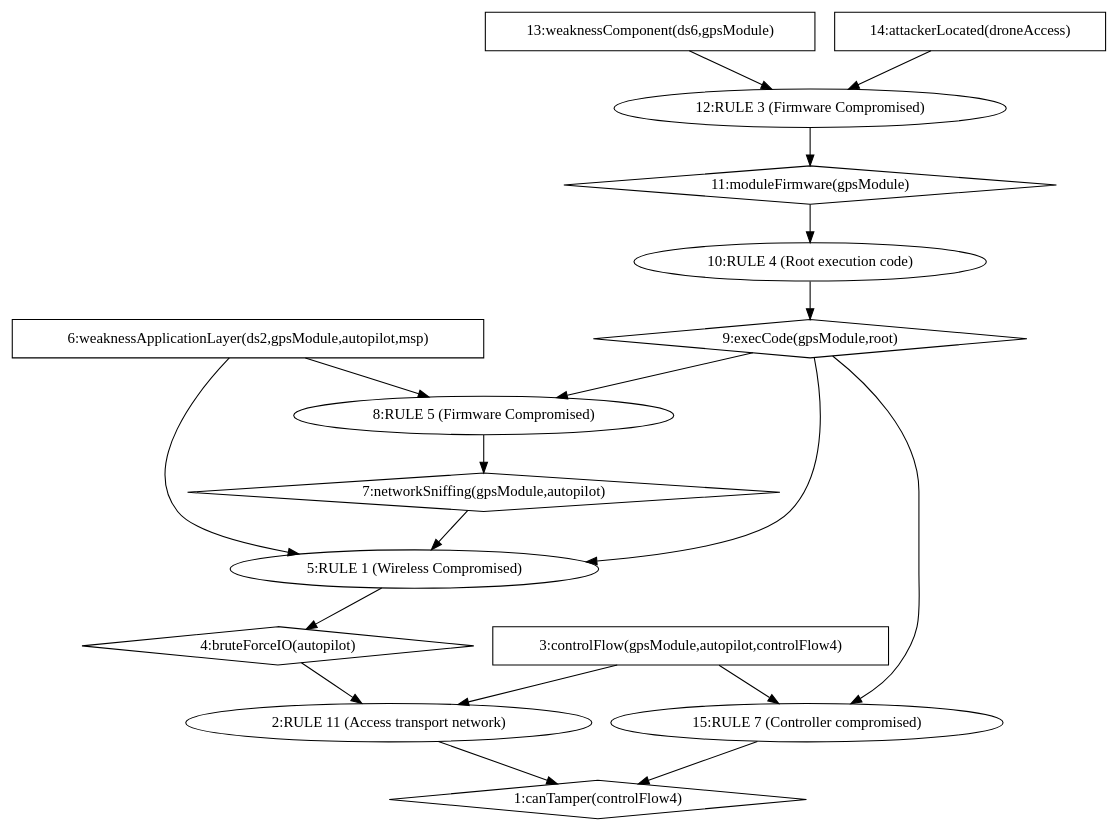
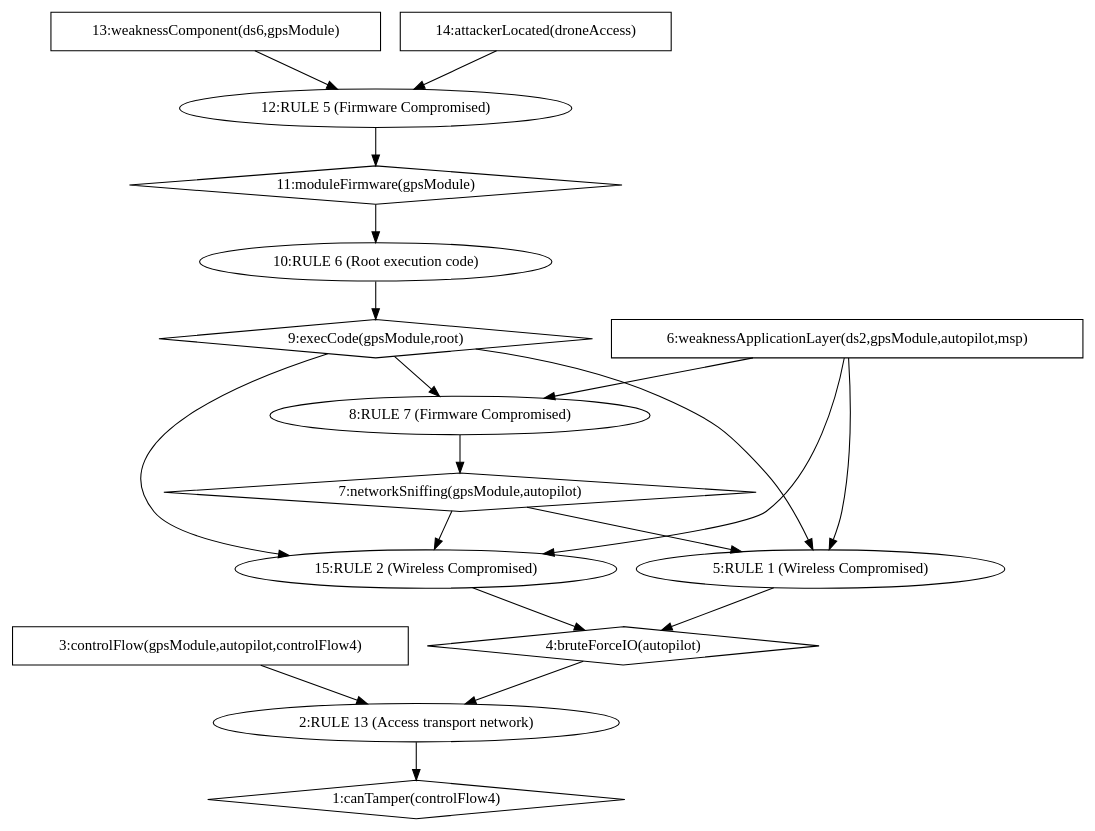
Before and after one commit to NS-unina/GCAP_Mod: the diagram in AttackGraph/output2/AttackGraph.dot, drawn with Graphviz. The commit also changed 27 other files, not shown here.

Commit message:
add last graph

```diff
--- a/AttackGraph/output2/AttackGraph.dot
+++ b/AttackGraph/output2/AttackGraph.dot
@@ -1,35 +1,36 @@
 digraph G {
 	1 [label="1:canTamper(controlFlow4)",shape=diamond];
-	2 [label="2:RULE 11 (Access transport network)",shape=ellipse];
+	2 [label="2:RULE 13 (Access transport network)",shape=ellipse];
 	3 [label="3:controlFlow(gpsModule,autopilot,controlFlow4)",shape=box];
 	4 [label="4:bruteForceIO(autopilot)",shape=diamond];
 	5 [label="5:RULE 1 (Wireless Compromised)",shape=ellipse];
 	6 [label="6:weaknessApplicationLayer(ds2,gpsModule,autopilot,msp)",shape=box];
 	7 [label="7:networkSniffing(gpsModule,autopilot)",shape=diamond];
-	8 [label="8:RULE 5 (Firmware Compromised)",shape=ellipse];
+	8 [label="8:RULE 7 (Firmware Compromised)",shape=ellipse];
 	9 [label="9:execCode(gpsModule,root)",shape=diamond];
-	10 [label="10:RULE 4 (Root execution code)",shape=ellipse];
+	10 [label="10:RULE 6 (Root execution code)",shape=ellipse];
 	11 [label="11:moduleFirmware(gpsModule)",shape=diamond];
-	12 [label="12:RULE 3 (Firmware Compromised)",shape=ellipse];
+	12 [label="12:RULE 5 (Firmware Compromised)",shape=ellipse];
 	13 [label="13:weaknessComponent(ds6,gpsModule)",shape=box];
 	14 [label="14:attackerLocated(droneAccess)",shape=box];
-	15 [label="15:RULE 7 (Controller compromised)",shape=ellipse];
+	15 [label="15:RULE 2 (Wireless Compromised)",shape=ellipse];
 	3 -> 	2;
 	6 -> 	5;
 	6 -> 	8;
 	13 -> 	12;
 	14 -> 	12;
 	12 -> 	11;
 	11 -> 	10;
 	10 -> 	9;
 	9 -> 	8;
 	8 -> 	7;
 	7 -> 	5;
 	9 -> 	5;
 	5 -> 	4;
+	6 -> 	15;
+	7 -> 	15;
+	9 -> 	15;
+	15 -> 	4;
 	4 -> 	2;
 	2 -> 	1;
-	3 -> 	15;
-	9 -> 	15;
-	15 -> 	1;
 }
```
